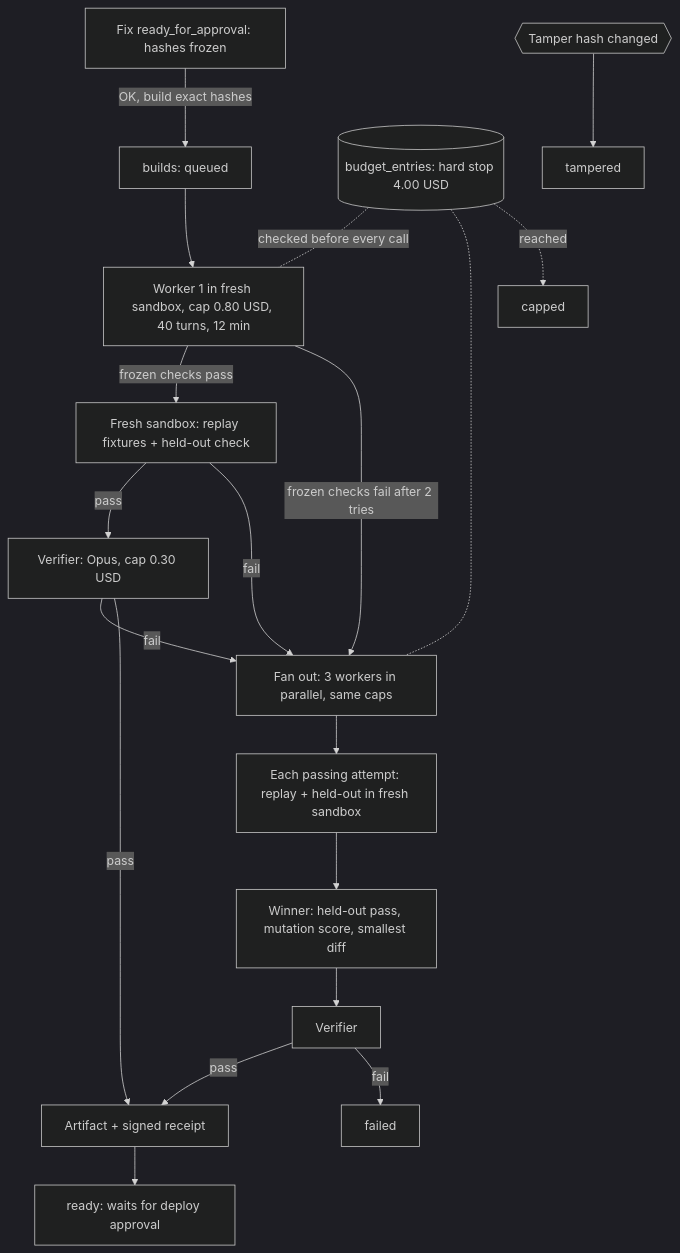
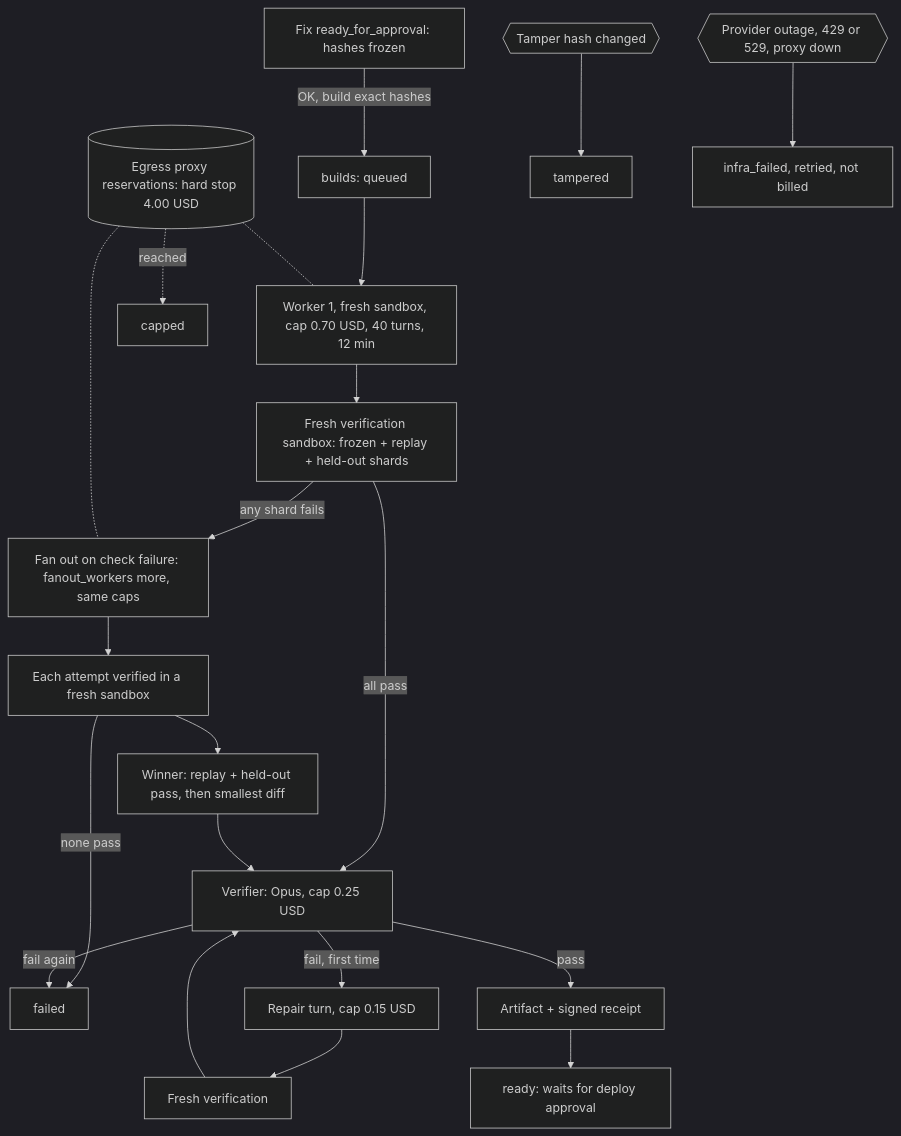
The ninth of 21 diagrams in docs/ARCHITECTURE.md (tabani-png/offload-v2), drawn with Mermaid (dark theme) before and after one commit. The commit also changed other lines of this file and 11 other files, not shown here.

Commit message:
docs: architecture, data model, API, roadmap, open questions OQ-23 to OQ-26, glossary, README, agent rules (Claude Code standing rule)

````diff
--- a/docs/ARCHITECTURE.md
+++ b/docs/ARCHITECTURE.md
@@ -328,21 +468,21 @@
 ```mermaid
 flowchart TB
   A[Fix ready_for_approval: hashes frozen] -->|OK, build exact hashes| Q[builds: queued]
-  Q --> W1[Worker 1 in fresh sandbox, cap 0.80 USD, 40 turns, 12 min]
-  W1 -->|frozen checks pass| V1[Fresh sandbox: replay fixtures + held-out check]
-  W1 -->|frozen checks fail after 2 tries| FO
-  V1 -->|pass| VER[Verifier: Opus, cap 0.30 USD]
-  V1 -->|fail| FO[Fan out: 3 workers in parallel, same caps]
-  VER -->|fail| FO
-  FO --> V2[Each passing attempt: replay + held-out in fresh sandbox]
-  V2 --> PICK[Winner: held-out pass, mutation score, smallest diff]
-  PICK --> VER2[Verifier]
+  Q --> W1[Worker 1, fresh sandbox, cap 0.70 USD, 40 turns, 12 min]
+  W1 --> V1[Fresh verification sandbox: frozen + replay + held-out shards]
+  V1 -->|any shard fails| FO[Fan out on check failure: fanout_workers more, same caps]
+  FO --> V2[Each attempt verified in a fresh sandbox]
+  V2 --> PICK[Winner: replay + held-out pass, then smallest diff]
+  V2 -->|none pass| FAIL[failed]
+  V1 -->|all pass| VER[Verifier: Opus, cap 0.25 USD]
+  PICK --> VER
+  VER -->|fail, first time| REP[Repair turn, cap 0.15 USD] --> V3[Fresh verification] --> VER
+  VER -->|fail again| FAIL
   VER -->|pass| ART[Artifact + signed receipt]
-  VER2 -->|pass| ART
-  VER2 -->|fail| FAIL[failed]
   ART --> READY[ready: waits for deploy approval]
-  LED[(budget_entries: hard stop 4.00 USD)] -. checked before every call .- W1
+  LED[(Egress proxy reservations: hard stop 4.00 USD)] -.- W1
   LED -.- FO
   LED -. reached .-> CAP[capped]
   TAMP{{Tamper hash changed}} --> TAMPERED[tampered]
+  INF{{Provider outage, 429 or 529, proxy down}} --> IF[infra_failed, retried, not billed]
 ```
````
